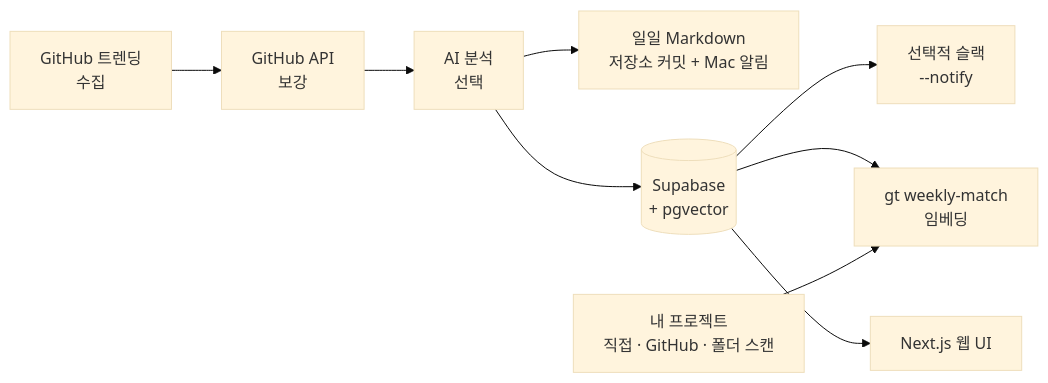
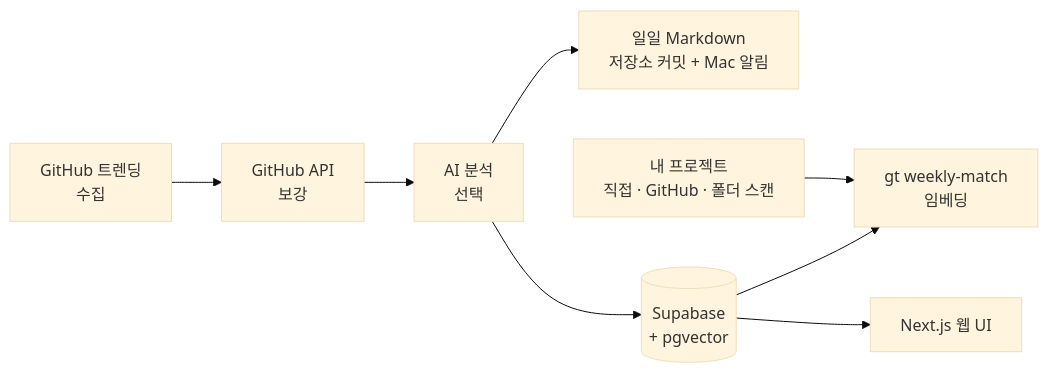
Before and after one commit to kks0488/repofit: the diagram in README.ko.md, drawn with Mermaid (base theme). The commit also changed other lines of this file and 18 other files, not shown here.

````diff
--- a/README.ko.md
+++ b/README.ko.md
@@ -102,11 +102,10 @@
 ```mermaid
 flowchart LR
     A[GitHub 트렌딩<br/>수집] --> B[GitHub API<br/>보강]
     B --> C[AI 분석<br/>선택]
     C --> J[일일 Markdown<br/>저장소 커밋 + Mac 알림]
     C --> D[(Supabase<br/>+ pgvector)]
-    D --> E[선택적 슬랙<br/>--notify]
     D --> F[gt weekly-match<br/>임베딩]
     G[내 프로젝트<br/>직접 · GitHub · 폴더 스캔] --> F
     D --> H[Next.js 웹 UI]
 ```
````
